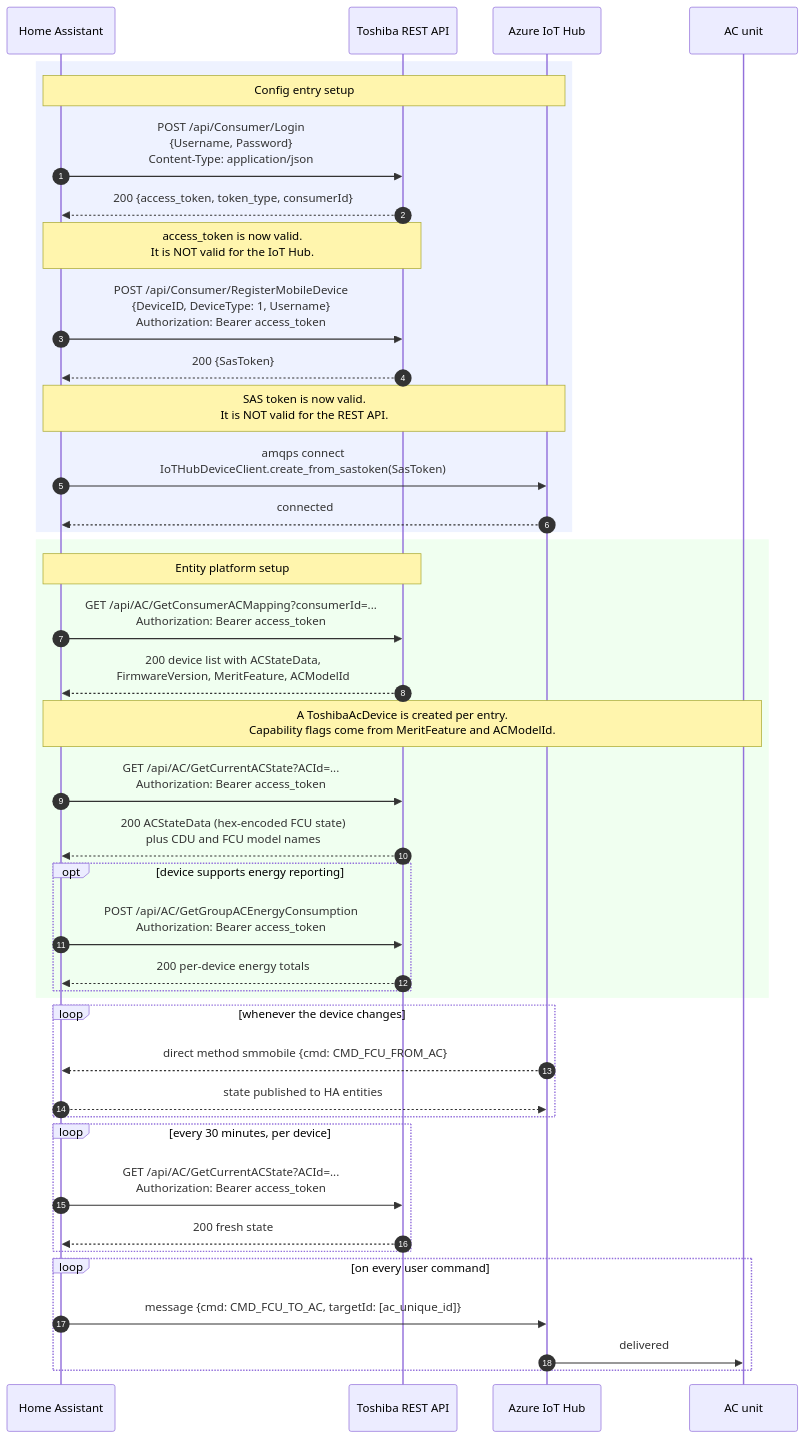
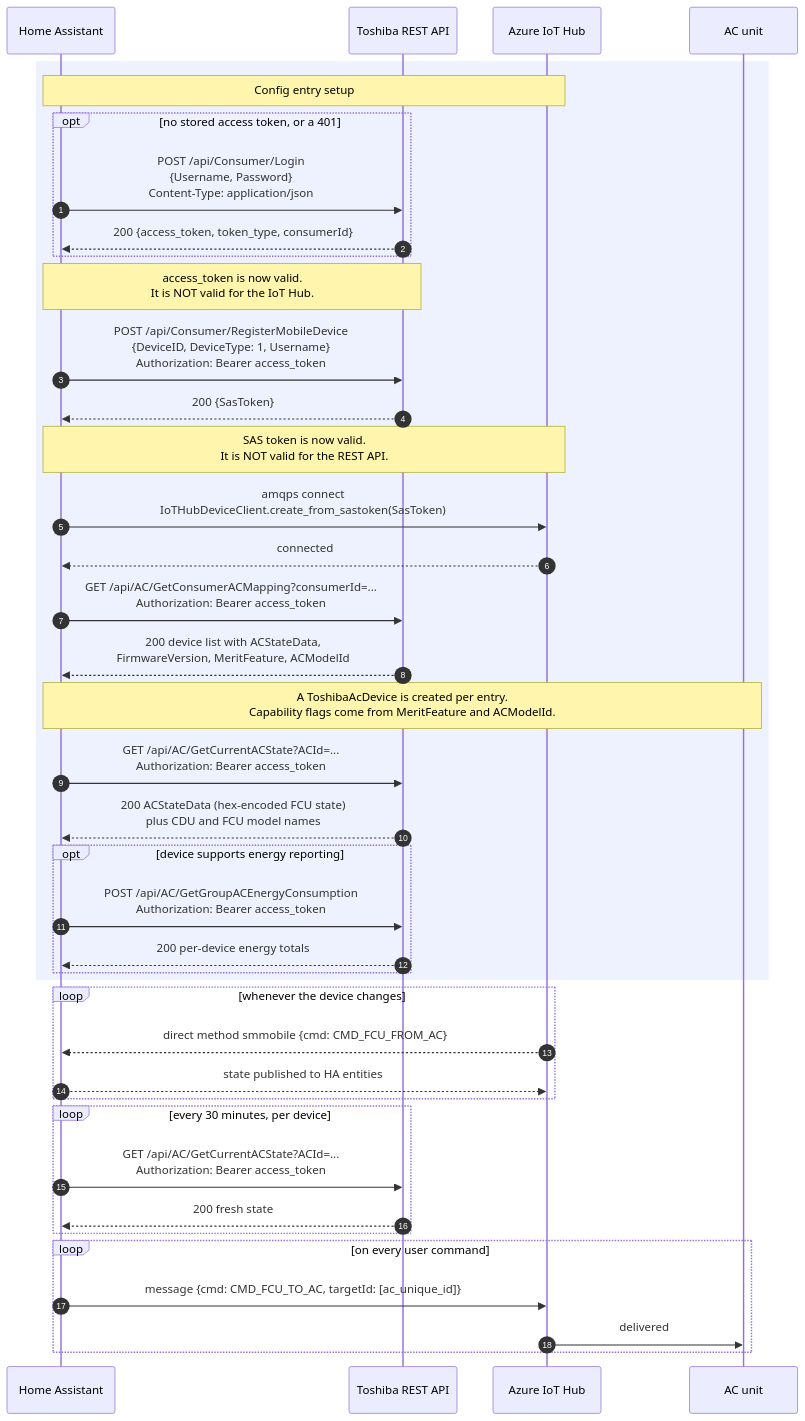
One commit to anto294/homeassistant-toshiba-ac changed the second of 2 diagrams in docs/authentication.md. Above: the diagram before and after it, drawn with Mermaid. The commit also changed other lines of this file and 1 other file, not shown here.

First line of the commit message:
Update the documents to the current connection flow

````diff
--- a/docs/authentication.md
+++ b/docs/authentication.md
@@ -53,55 +53,54 @@
 ```mermaid
 sequenceDiagram
     autonumber
     participant HA as Home Assistant
     participant REST as Toshiba REST API
     participant HUB as Azure IoT Hub
     participant AC as AC unit
 
     rect rgb(238, 242, 255)
     Note over HA,HUB: Config entry setup
+    opt no stored access token, or a 401
     HA->>REST: POST /api/Consumer/Login<br/>{Username, Password}<br/>Content-Type: application/json
     REST-->>HA: 200 {access_token, token_type, consumerId}
+    end
 
     Note over HA,REST: access_token is now valid.<br/>It is NOT valid for the IoT Hub.
 
     HA->>REST: POST /api/Consumer/RegisterMobileDevice<br/>{DeviceID, DeviceType: 1, Username}<br/>Authorization: Bearer access_token
     REST-->>HA: 200 {SasToken}
 
     Note over HA,HUB: SAS token is now valid.<br/>It is NOT valid for the REST API.
 
     HA->>HUB: amqps connect<br/>IoTHubDeviceClient.create_from_sastoken(SasToken)
     HUB-->>HA: connected
-    end
 
-    rect rgb(240, 255, 240)
-    Note over HA,REST: Entity platform setup
     HA->>REST: GET /api/AC/GetConsumerACMapping?consumerId=...<br/>Authorization: Bearer access_token
     REST-->>HA: 200 device list with ACStateData,<br/>FirmwareVersion, MeritFeature, ACModelId
 
     Note over HA,AC: A ToshibaAcDevice is created per entry.<br/>Capability flags come from MeritFeature and ACModelId.
 
     HA->>REST: GET /api/AC/GetCurrentACState?ACId=...<br/>Authorization: Bearer access_token
     REST-->>HA: 200 ACStateData (hex-encoded FCU state)<br/>plus CDU and FCU model names
 
     opt device supports energy reporting
         HA->>REST: POST /api/AC/GetGroupACEnergyConsumption<br/>Authorization: Bearer access_token
         REST-->>HA: 200 per-device energy totals
     end
     end
 
     loop whenever the device changes
     HUB-->>HA: direct method smmobile {cmd: CMD_FCU_FROM_AC}
     HA-->>HUB: state published to HA entities
     end
 
     loop every 30 minutes, per device
     HA->>REST: GET /api/AC/GetCurrentACState?ACId=...<br/>Authorization: Bearer access_token
     REST-->>HA: 200 fresh state
     end
 
     loop on every user command
     HA->>HUB: message {cmd: CMD_FCU_TO_AC, targetId: [ac_unique_id]}
     HUB->>AC: delivered
     end
 ```
````
